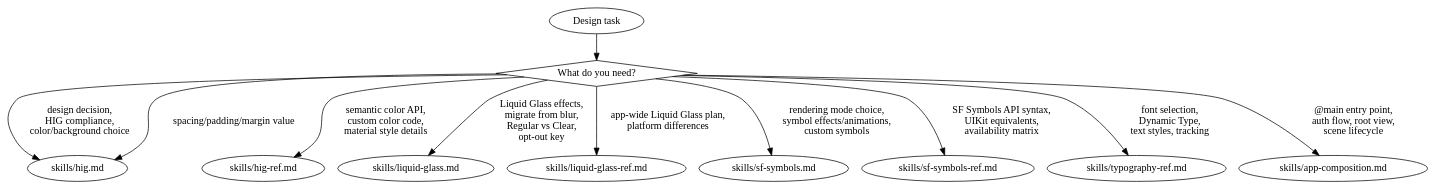
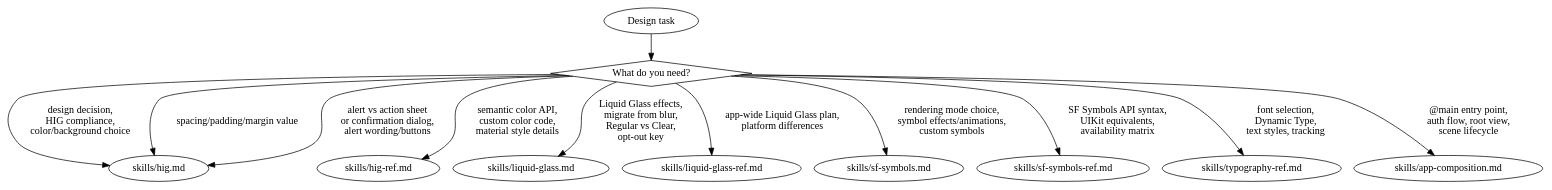
Before and after one commit to CharlesWiltgen/Axiom: the diagram in axiom-codex/skills/axiom-design/SKILL.md, drawn with Graphviz. The commit also changed other lines of this file and 13 other files, not shown here.

````diff
--- a/axiom-codex/skills/axiom-design/SKILL.md
+++ b/axiom-codex/skills/axiom-design/SKILL.md
@@ -41,17 +42,18 @@
 ```dot
 digraph design {
     start [label="Design task" shape=ellipse];
     what [label="What do you need?" shape=diamond];
 
     start -> what;
     what -> "skills/hig.md" [label="design decision,\nHIG compliance,\ncolor/background choice"];
     what -> "skills/hig.md" [label="spacing/padding/margin value"];
+    what -> "skills/hig.md" [label="alert vs action sheet\nor confirmation dialog,\nalert wording/buttons"];
     what -> "skills/hig-ref.md" [label="semantic color API,\ncustom color code,\nmaterial style details"];
     what -> "skills/liquid-glass.md" [label="Liquid Glass effects,\nmigrate from blur,\nRegular vs Clear,\nopt-out key"];
     what -> "skills/liquid-glass-ref.md" [label="app-wide Liquid Glass plan,\nplatform differences"];
     what -> "skills/sf-symbols.md" [label="rendering mode choice,\nsymbol effects/animations,\ncustom symbols"];
     what -> "skills/sf-symbols-ref.md" [label="SF Symbols API syntax,\nUIKit equivalents,\navailability matrix"];
     what -> "skills/typography-ref.md" [label="font selection,\nDynamic Type,\ntext styles, tracking"];
     what -> "skills/app-composition.md" [label="@main entry point,\nauth flow, root view,\nscene lifecycle"];
 }
 ```
````
